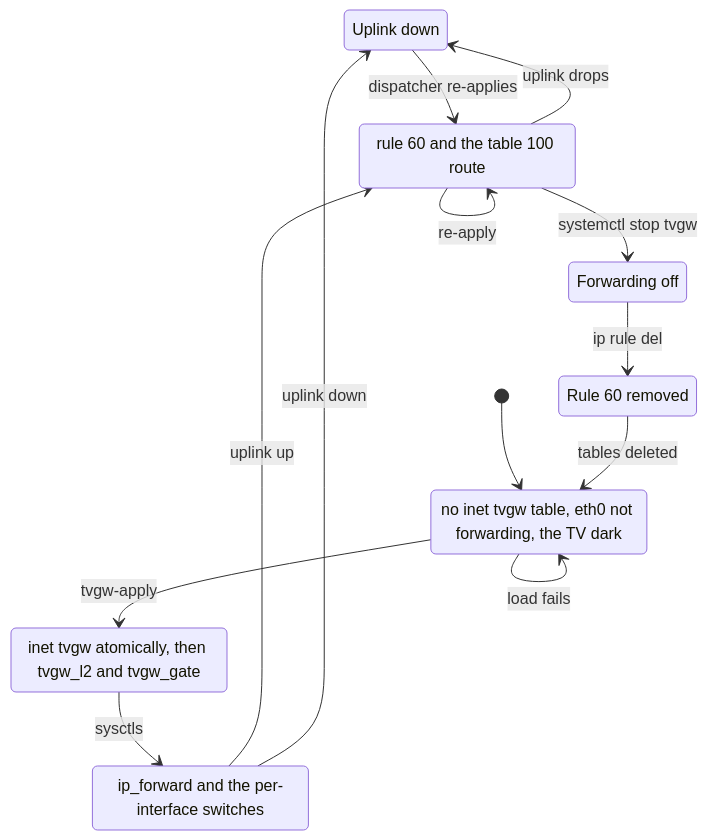
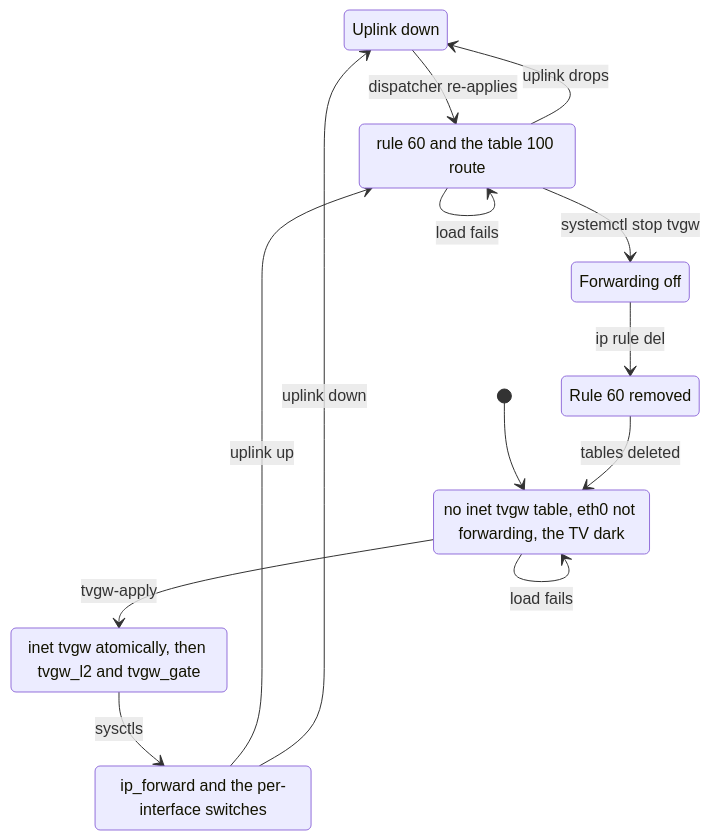
The diagram in deploy/nftables/README.md (kywwilson11/tvgw), drawn with Mermaid before and after one commit. The commit also changed other lines of this file, not shown here.

````diff
--- a/deploy/nftables/README.md
+++ b/deploy/nftables/README.md
@@ -32,22 +33,23 @@
 ```mermaid
 stateDiagram-v2
   state "Uplink down" as NoRoute
   state "Forwarding off" as ForwardOff
   state "Rule 60 removed" as RuleGone
   Down : no inet tvgw table, eth0 not forwarding, the TV dark
   Loaded : inet tvgw atomically, then tvgw_l2 and tvgw_gate
   Forwarding : ip_forward and the per-interface switches
   Routed : rule 60 and the table 100 route
   [*] --> Down
   Down --> Loaded : tvgw-apply
   Down --> Down : load fails
   Loaded --> Forwarding : sysctls
   Forwarding --> Routed : uplink up
   Forwarding --> NoRoute : uplink down
   NoRoute --> Routed : dispatcher re-applies
   Routed --> NoRoute : uplink drops
   Routed --> Routed : re-apply
+  Routed --> Routed : load fails
   Routed --> ForwardOff : systemctl stop tvgw
   ForwardOff --> RuleGone : ip rule del
   RuleGone --> Down : tables deleted
 ```
````
